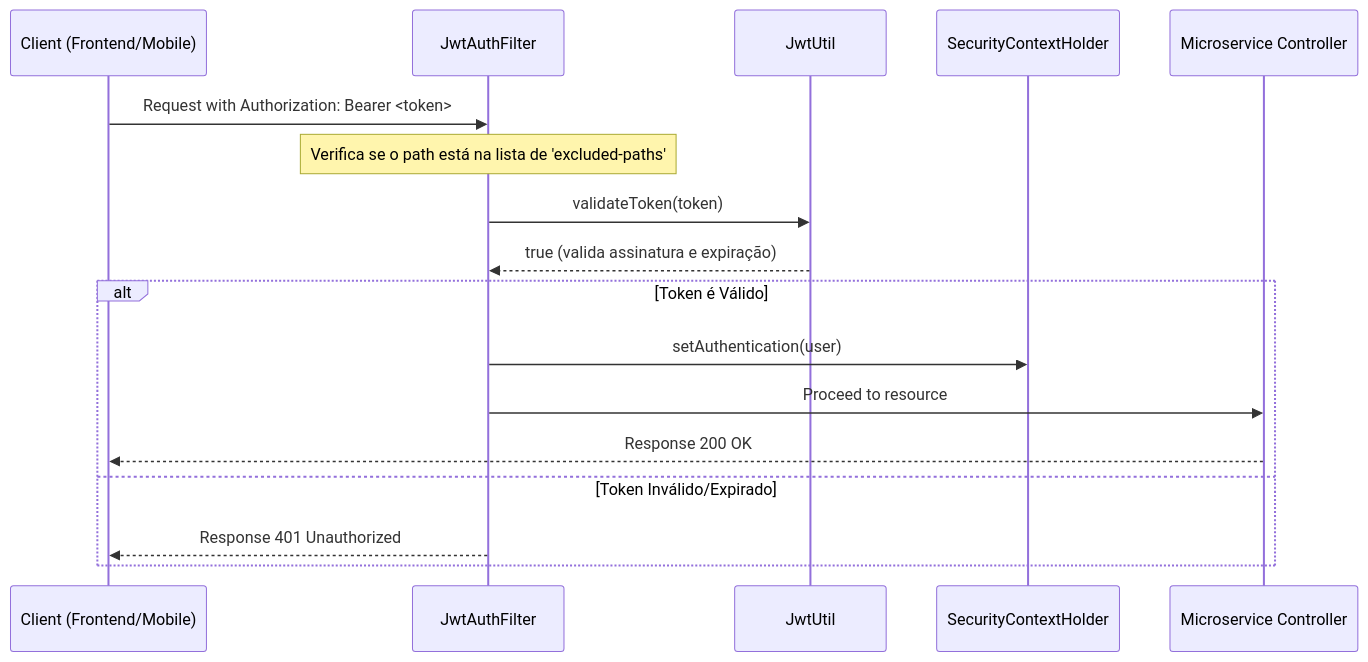
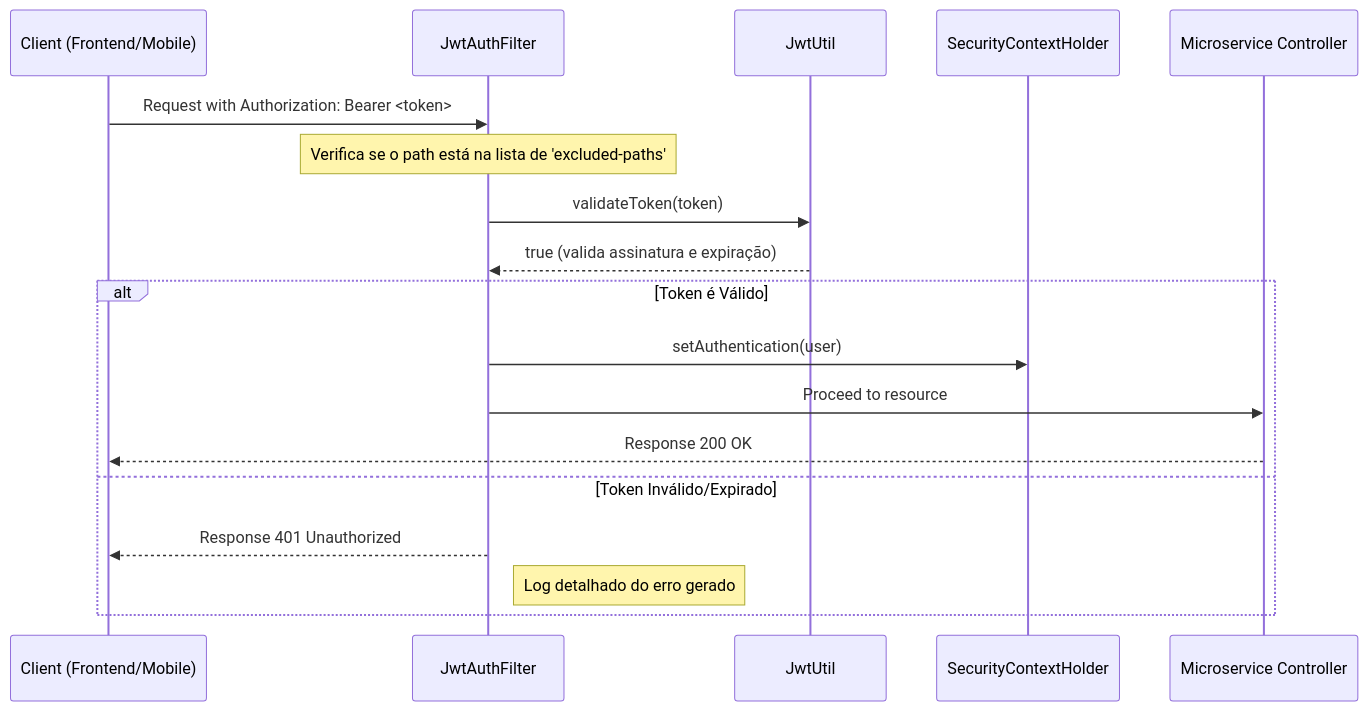
Before and after one commit to betolara1/JWT-Package: the diagram in readme.md, drawn with Mermaid. The commit also changed other lines of this file and 2 other files, not shown here.

````diff
--- a/readme.md
+++ b/readme.md
@@ -25,21 +25,22 @@
 ```mermaid
 sequenceDiagram
     participant C as Client (Frontend/Mobile)
     participant F as JwtAuthFilter
     participant U as JwtUtil
     participant S as SecurityContextHolder
     participant API as Microservice Controller
 
     C->>F: Request with Authorization: Bearer <token>
     Note over F: Verifica se o path está na lista de 'excluded-paths'
     F->>U: validateToken(token)
     U-->>F: true (valida assinatura e expiração)
     
     ALT Token é Válido
         F->>S: setAuthentication(user)
         F->>API: Proceed to resource
         API-->>C: Response 200 OK
     ELSE Token Inválido/Expirado
         F-->>C: Response 401 Unauthorized
+        Note right of F: Log detalhado do erro gerado
     END
 ```
````
